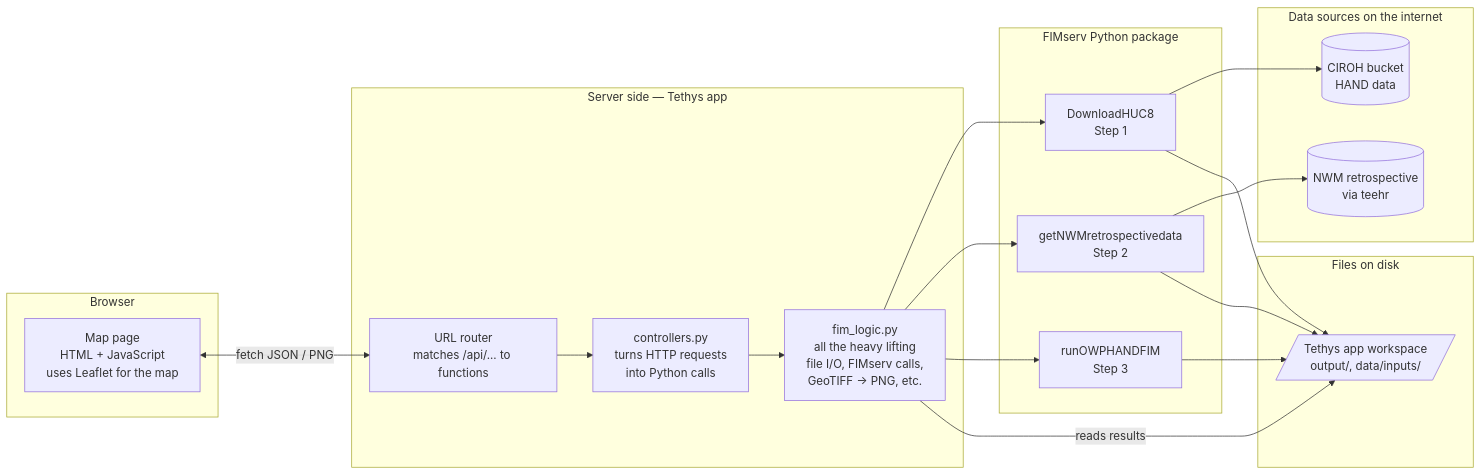
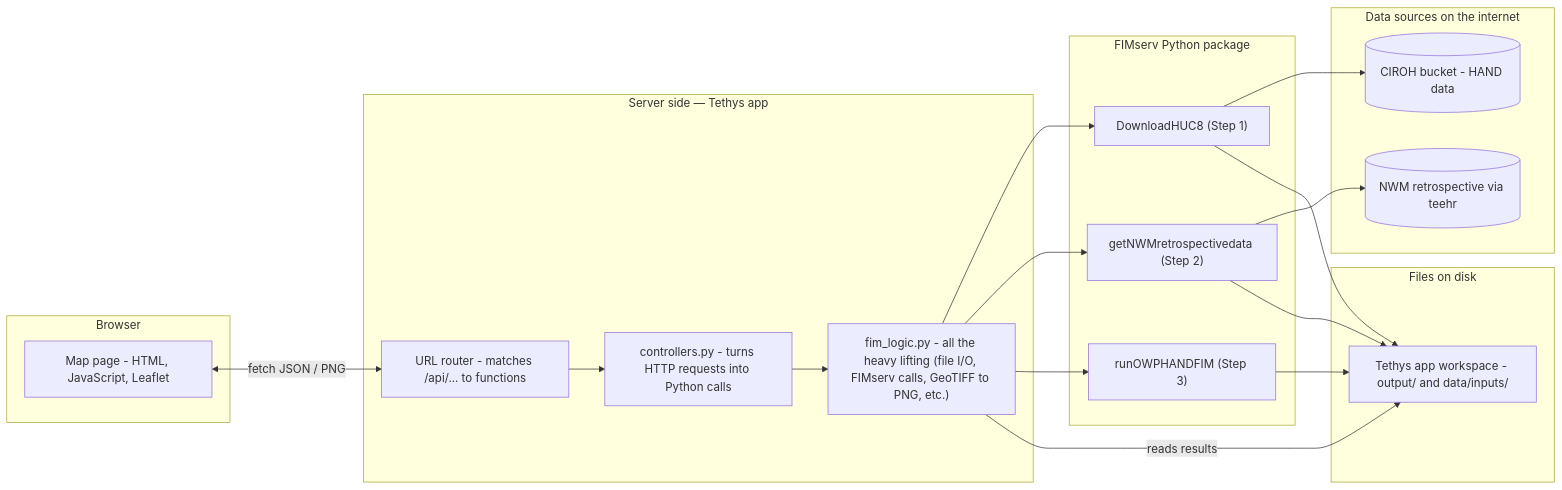
The second of 2 diagrams in README.md (tasfia26/tethysapp-fimserve_viewer), drawn with Mermaid before and after one commit. The commit also changed other lines of this file, not shown here.

Commit message:
Fix Mermaid syntax: replace <br/> tags and parallelogram nodes with plain rectangles

````diff
--- a/README.md
+++ b/README.md
@@ -234,40 +239,40 @@
 ```mermaid
 flowchart LR
-    subgraph Browser
-        UI[Map page<br/>HTML + JavaScript<br/>uses Leaflet for the map]
+    subgraph Browser["Browser"]
+        UI["Map page - HTML, JavaScript, Leaflet"]
     end
 
-    subgraph Server[Server side — Tethys app]
-        URLs[URL router<br/>matches /api/... to functions]
-        Ctrls[controllers.py<br/>turns HTTP requests<br/>into Python calls]
-        Logic[fim_logic.py<br/>all the heavy lifting<br/>file I/O, FIMserv calls,<br/>GeoTIFF → PNG, etc.]
+    subgraph Server["Server side — Tethys app"]
+        URLs["URL router - matches /api/... to functions"]
+        Ctrls["controllers.py - turns HTTP requests into Python calls"]
+        Logic["fim_logic.py - all the heavy lifting (file I/O, FIMserv calls, GeoTIFF to PNG, etc.)"]
     end
 
-    subgraph FIMservLib[FIMserv Python package]
-        DD[DownloadHUC8<br/>Step 1]
-        NWM[getNWMretrospectivedata<br/>Step 2]
-        HFIM[runOWPHANDFIM<br/>Step 3]
+    subgraph FIMservLib["FIMserv Python package"]
+        DD["DownloadHUC8 (Step 1)"]
+        NWM["getNWMretrospectivedata (Step 2)"]
+        HFIM["runOWPHANDFIM (Step 3)"]
     end
 
-    subgraph DataSources[Data sources on the internet]
-        S3[(CIROH bucket<br/>HAND data)]
-        Zarr[(NWM retrospective<br/>via teehr)]
+    subgraph DataSources["Data sources on the internet"]
+        S3[("CIROH bucket - HAND data")]
+        Zarr[("NWM retrospective via teehr")]
     end
 
-    subgraph Disk[Files on disk]
-        WS[/Tethys app workspace<br/>output/, data/inputs//]
+    subgraph Disk["Files on disk"]
+        WS["Tethys app workspace - output/ and data/inputs/"]
     end
 
-    UI <-->|fetch JSON / PNG| URLs
+    UI <-->|"fetch JSON / PNG"| URLs
     URLs --> Ctrls
     Ctrls --> Logic
     Logic --> DD
     Logic --> NWM
     Logic --> HFIM
     DD --> S3
     NWM --> Zarr
     DD --> WS
     NWM --> WS
     HFIM --> WS
-    Logic -->|reads results| WS
+    Logic -->|"reads results"| WS
 ```
````
